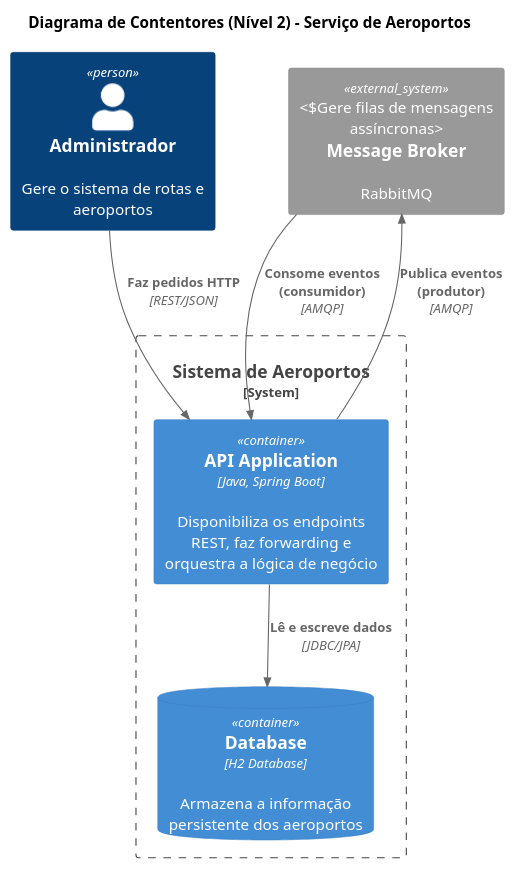
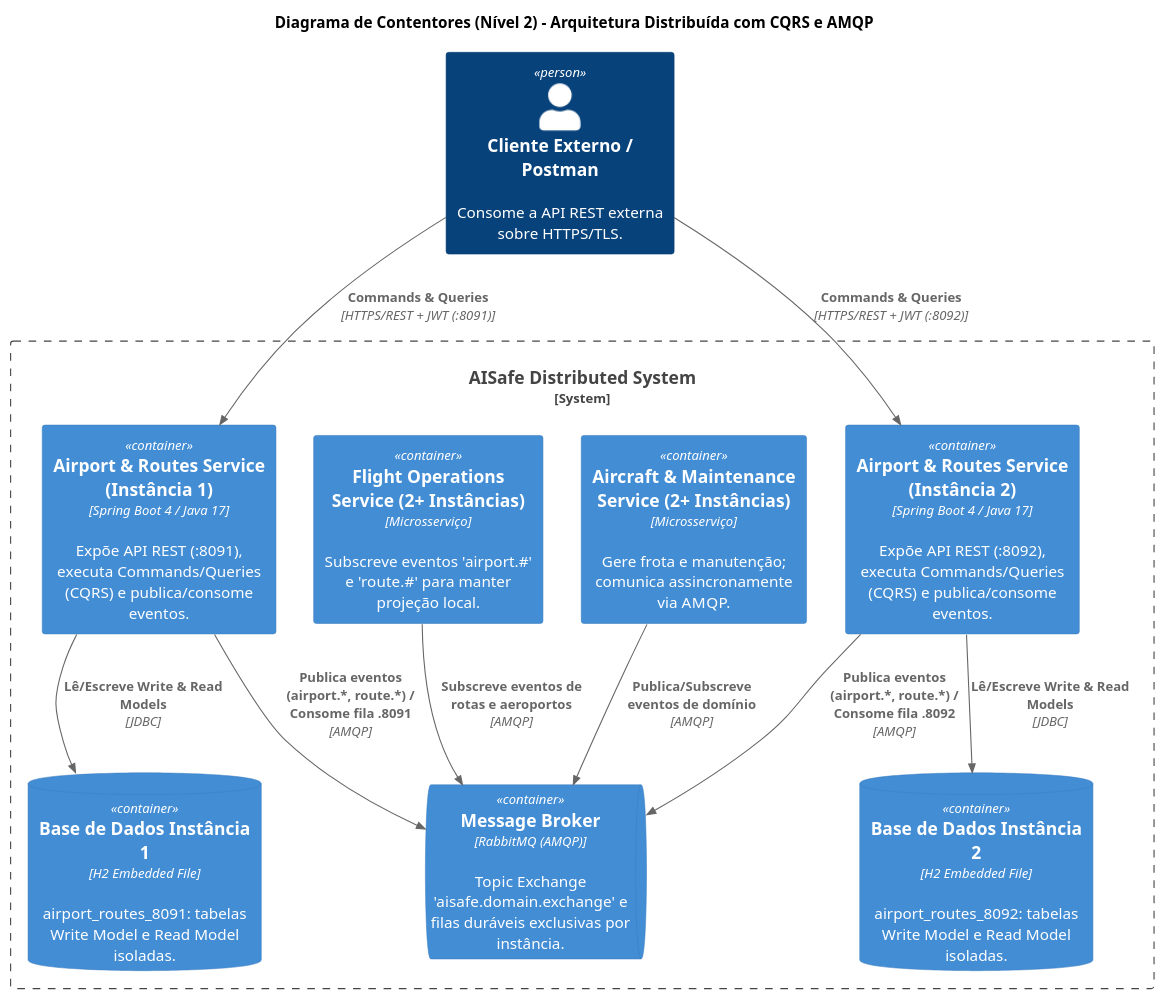
One commit to jvonhafe/LETI_1241237_SIDIS_2026 changed the diagram in airportRoutes-service/docs/c4_level2_context.puml. Above: the diagram before and after it, drawn with PlantUML. The commit also changed 33 other files, not shown here.

```diff
--- a/airportRoutes-service/docs/c4_level2_context.puml
+++ b/airportRoutes-service/docs/c4_level2_context.puml
@@ -1,19 +1,34 @@
-@startuml
+@startuml C4_Level2_Containers
 !include https://raw.githubusercontent.com/plantuml-stdlib/C4-PlantUML/master/C4_Container.puml
 
-title Diagrama de Contentores (Nível 2) - Serviço de Aeroportos
+title Diagrama de Contentores (Nível 2) - Arquitetura Distribuída com CQRS e AMQP
 
-Person(admin, "Administrador", "Gere o sistema de rotas e aeroportos")
+Person(client, "Cliente Externo / Postman", "Consome a API REST externa sobre HTTPS/TLS.")
 
-System_Boundary(airport_system, "Sistema de Aeroportos") {
-    Container(api, "API Application", "Java, Spring Boot", "Disponibiliza os endpoints REST, faz forwarding e orquestra a lógica de negócio")
-    ContainerDb(db, "Database", "H2 Database", "Armazena a informação persistente dos aeroportos")
+System_Boundary(aisafe_boundary, "AISafe Distributed System") {
+
+    Container(ar_inst1, "Airport & Routes Service (Instância 1)", "Spring Boot 4 / Java 17", "Expõe API REST (:8091), executa Commands/Queries (CQRS) e publica/consome eventos.")
+    Container(ar_inst2, "Airport & Routes Service (Instância 2)", "Spring Boot 4 / Java 17", "Expõe API REST (:8092), executa Commands/Queries (CQRS) e publica/consome eventos.")
+
+    ContainerDb(db_inst1, "Base de Dados Instância 1", "H2 Embedded File", "airport_routes_8091: tabelas Write Model e Read Model isoladas.")
+    ContainerDb(db_inst2, "Base de Dados Instância 2", "H2 Embedded File", "airport_routes_8092: tabelas Write Model e Read Model isoladas.")
+
+    ContainerQueue(rabbitmq, "Message Broker", "RabbitMQ (AMQP)", "Topic Exchange 'aisafe.domain.exchange' e filas duráveis exclusivas por instância.")
+
+    Container(flight_svc, "Flight Operations Service (2+ Instâncias)", "Microsserviço", "Subscreve eventos 'airport.#' e 'route.#' para manter projeção local.")
+    Container(aircraft_svc, "Aircraft & Maintenance Service (2+ Instâncias)", "Microsserviço", "Gere frota e manutenção; comunica assincronamente via AMQP.")
 }
 
-System_Ext(rabbitmq, "Message Broker", "RabbitMQ", "Gere filas de mensagens assíncronas")
+Rel(client, ar_inst1, "Commands & Queries", "HTTPS/REST + JWT (:8091)")
+Rel(client, ar_inst2, "Commands & Queries", "HTTPS/REST + JWT (:8092)")
 
-Rel(admin, api, "Faz pedidos HTTP", "REST/JSON")
-Rel(api, db, "Lê e escreve dados", "JDBC/JPA")
-Rel(api, rabbitmq, "Publica eventos (produtor)", "AMQP")
-Rel(rabbitmq, api, "Consome eventos (consumidor)", "AMQP")
+Rel(ar_inst1, db_inst1, "Lê/Escreve Write & Read Models", "JDBC")
+Rel(ar_inst2, db_inst2, "Lê/Escreve Write & Read Models", "JDBC")
+
+Rel(ar_inst1, rabbitmq, "Publica eventos (airport.*, route.*) / Consome fila .8091", "AMQP")
+Rel(ar_inst2, rabbitmq, "Publica eventos (airport.*, route.*) / Consome fila .8092", "AMQP")
+
+Rel(flight_svc, rabbitmq, "Subscreve eventos de rotas e aeroportos", "AMQP")
+Rel(aircraft_svc, rabbitmq, "Publica/Subscreve eventos de domínio", "AMQP")
+
 @enduml
```
